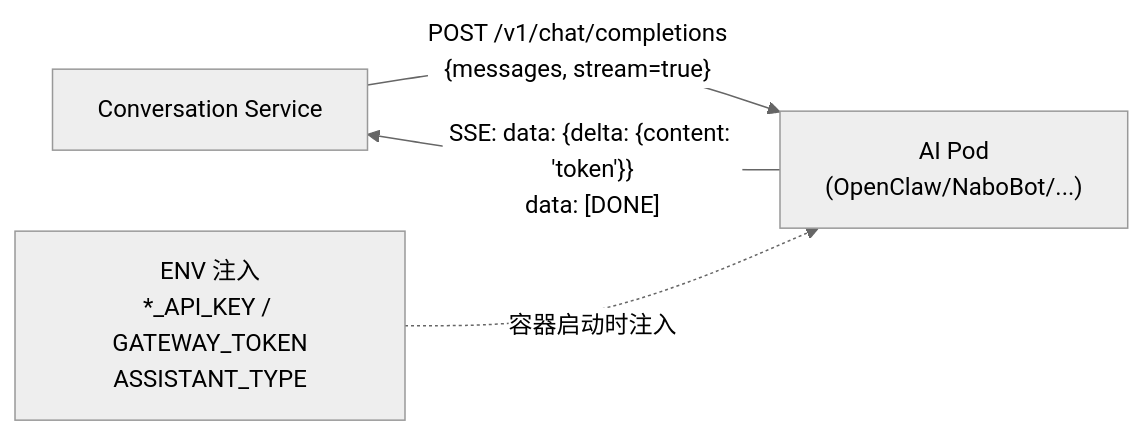
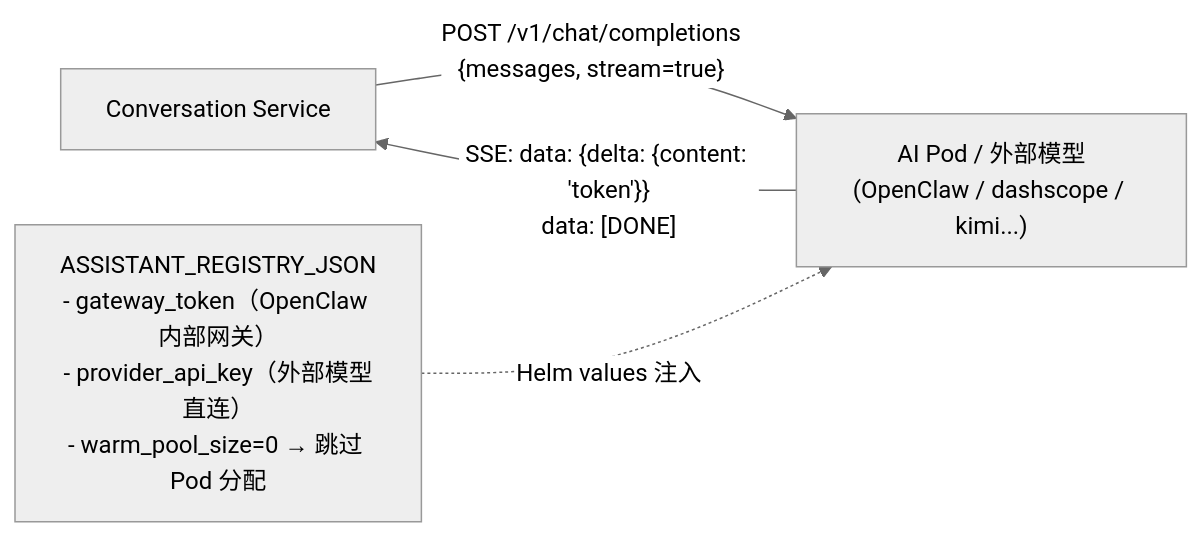
One commit to tomturing/hci-troubleshoot-platform changed the third of 3 diagrams in docs/solution/ai-assistant/AI助手设计.md. Above: the diagram before and after it, drawn with Mermaid (neutral theme). The commit also changed other lines of this file and 5 other files, not shown here.

````diff
--- a/docs/solution/ai-assistant/AI助手设计.md
+++ b/docs/solution/ai-assistant/AI助手设计.md
@@ -502,6 +502,6 @@
 ```mermaid
 flowchart LR
-    CVS["Conversation Service"] -->|"POST /v1/chat/completions\n{messages, stream=true}"| AI["AI Pod\n(OpenClaw/NaboBot/...)"]
+    CVS["Conversation Service"] -->|"POST /v1/chat/completions\n{messages, stream=true}"| AI["AI Pod / 外部模型\n(OpenClaw / dashscope / kimi...)"]
     AI -->|"SSE: data: {delta: {content: 'token'}}\ndata: [DONE]"| CVS
-    ENV["ENV 注入\n*_API_KEY / GATEWAY_TOKEN\nASSISTANT_TYPE"] -.->|"容器启动时注入"| AI
+    ENV["ASSISTANT_REGISTRY_JSON\n- gateway_token（OpenClaw 内部网关）\n- provider_api_key（外部模型直连）\n- warm_pool_size=0 → 跳过 Pod 分配"] -.->|"Helm values 注入"| AI
 ```
````
